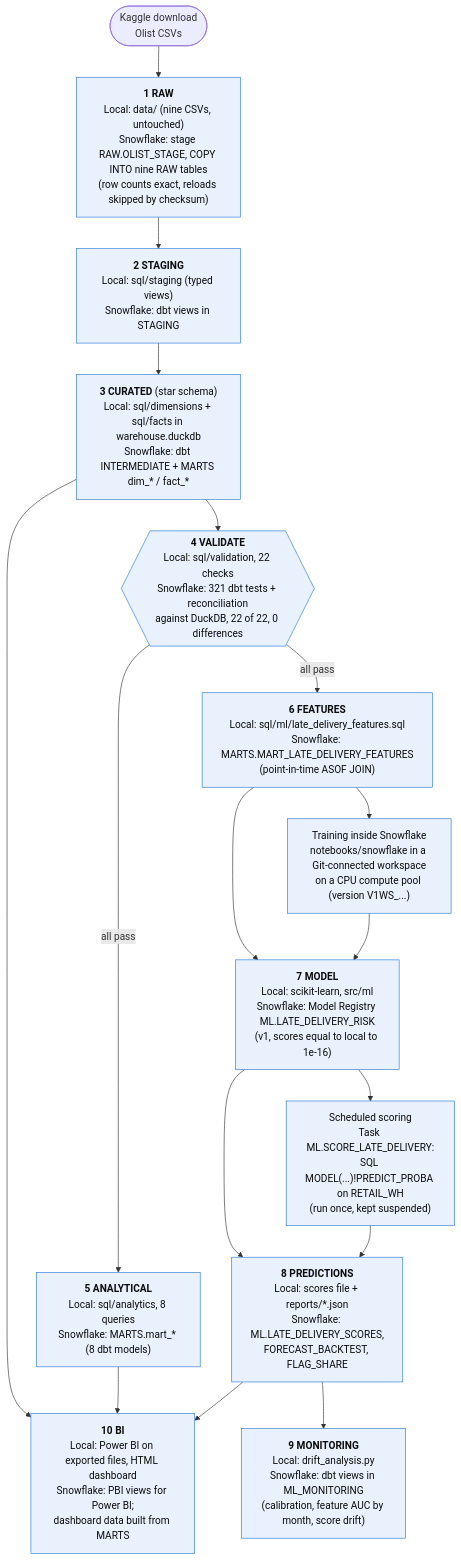
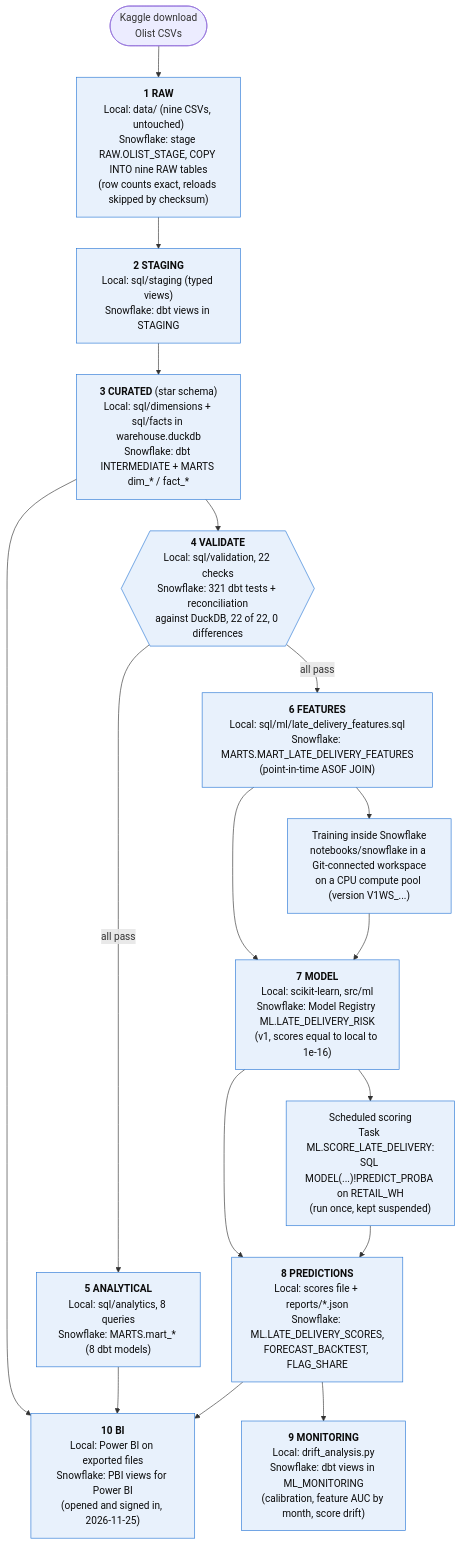
Before and after one commit to garcane/Retail-Analytics-Forecasting-Customer-Intelligence: the diagram in README.md, drawn with Mermaid. The commit also changed other lines of this file and 8 other files, not shown here.

Commit message:
docs: update Architecture and Cost summaries for November 2025 snapshot

````diff
--- a/README.md
+++ b/README.md
@@ -38,32 +37,32 @@
 ```mermaid
 flowchart TB
     K(["Kaggle download<br/>Olist CSVs"]) --> RAW
 
     RAW["<b>1 RAW</b><br/>Local: data/ (nine CSVs, untouched)<br/>Snowflake: stage RAW.OLIST_STAGE, COPY INTO nine RAW tables<br/>(row counts exact, reloads skipped by checksum)"]
     STG["<b>2 STAGING</b><br/>Local: sql/staging (typed views)<br/>Snowflake: dbt views in STAGING"]
     CUR["<b>3 CURATED</b> (star schema)<br/>Local: sql/dimensions + sql/facts in warehouse.duckdb<br/>Snowflake: dbt INTERMEDIATE + MARTS dim_* / fact_*"]
     CHK{{"<b>4 VALIDATE</b><br/>Local: sql/validation, 22 checks<br/>Snowflake: 321 dbt tests + reconciliation<br/>against DuckDB, 22 of 22, 0 differences"}}
     ANA["<b>5 ANALYTICAL</b><br/>Local: sql/analytics, 8 queries<br/>Snowflake: MARTS.mart_* (8 dbt models)"]
     FEA["<b>6 FEATURES</b><br/>Local: sql/ml/late_delivery_features.sql<br/>Snowflake: MARTS.MART_LATE_DELIVERY_FEATURES<br/>(point-in-time ASOF JOIN)"]
     MOD["<b>7 MODEL</b><br/>Local: scikit-learn, src/ml<br/>Snowflake: Model Registry ML.LATE_DELIVERY_RISK<br/>(v1, scores equal to local to 1e-16)"]
     PRE["<b>8 PREDICTIONS</b><br/>Local: scores file + reports/*.json<br/>Snowflake: ML.LATE_DELIVERY_SCORES,<br/>FORECAST_BACKTEST, FLAG_SHARE"]
     MON["<b>9 MONITORING</b><br/>Local: drift_analysis.py<br/>Snowflake: dbt views in ML_MONITORING<br/>(calibration, feature AUC by month, score drift)"]
-    BI["<b>10 BI</b><br/>Local: Power BI on exported files, HTML dashboard<br/>Snowflake: PBI views for Power BI;<br/>dashboard data built from MARTS"]
+    BI["<b>10 BI</b><br/>Local: Power BI on exported files<br/>Snowflake: PBI views for Power BI<br/>(opened and signed in, 2026-11-25)"]
 
     NB["Training inside Snowflake<br/>notebooks/snowflake in a Git-connected workspace<br/>on a CPU compute pool (version V1WS_...)"]
     TSK["Scheduled scoring<br/>Task ML.SCORE_LATE_DELIVERY:<br/>SQL MODEL(...)!PREDICT_PROBA on RETAIL_WH<br/>(run once, kept suspended)"]
 
     RAW --> STG --> CUR --> CHK
     CHK -- "all pass" --> ANA
     CHK -- "all pass" --> FEA
     FEA --> MOD --> PRE --> MON
     CUR --> BI
     ANA --> BI
     PRE --> BI
     FEA --> NB --> MOD
     MOD --> TSK --> PRE
 
     classDef built fill:#e8f1fc,stroke:#2a78d6,color:#0b0b0b
     classDef pending fill:#ffffff,stroke:#52514e,stroke-dasharray:5 4,color:#52514e
     class RAW,STG,CUR,CHK,ANA,FEA,MOD,PRE,MON,BI,NB,TSK built
 ```
````
